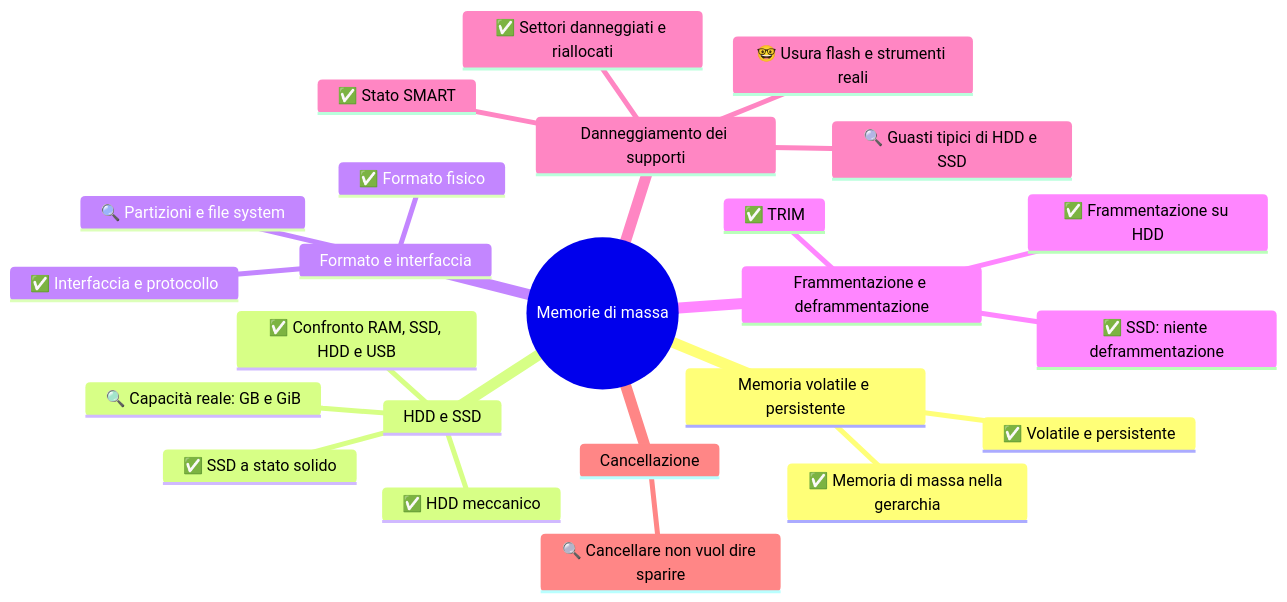
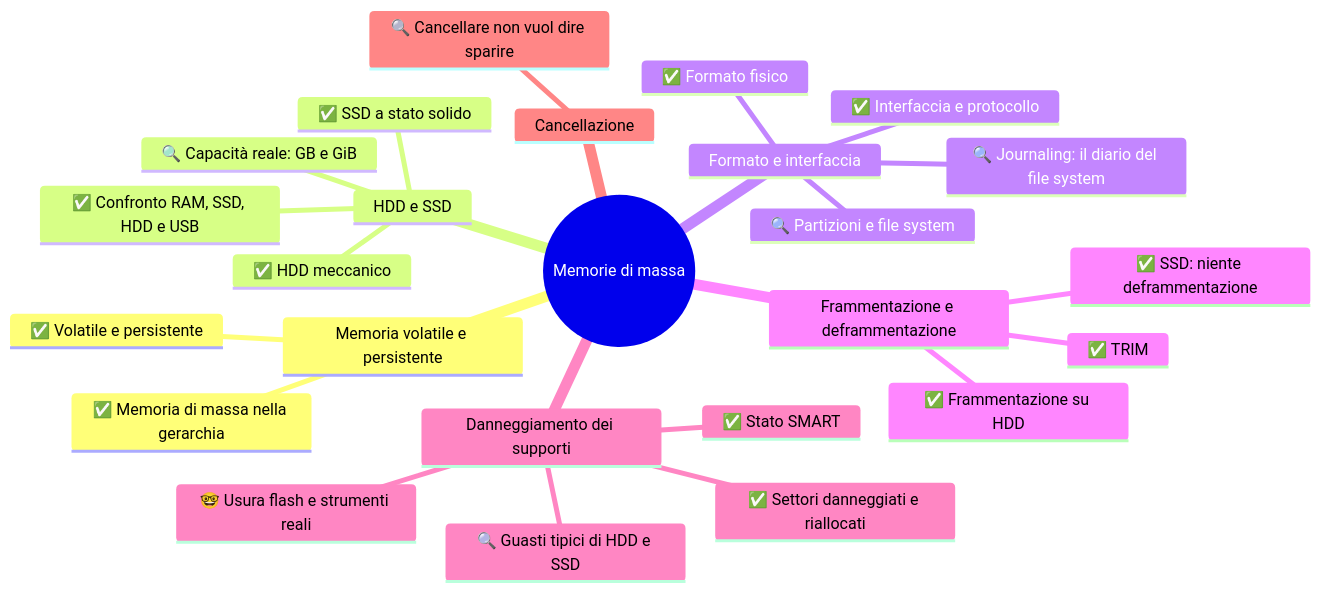
The diagram in 3EI - Sistemi e Reti/2 NOV-DIC/Allegati/3ei-nov-dic-s1-memorie-di-massa-mappa-html-1.mmd (Neeqstock/dispense-caramuel), drawn with Mermaid before and after one commit. The commit also changed 11 other files, not shown here.

```diff
--- a/3EI - Sistemi e Reti/2 NOV-DIC/Allegati/3ei-nov-dic-s1-memorie-di-massa-mappa-html-1.mmd
+++ b/3EI - Sistemi e Reti/2 NOV-DIC/Allegati/3ei-nov-dic-s1-memorie-di-massa-mappa-html-1.mmd
@@ -1,25 +1,26 @@
 mindmap
   root((Memorie di massa))
     Memoria volatile e persistente
       ✅ Volatile e persistente
       ✅ Memoria di massa nella gerarchia
     HDD e SSD
       ✅ HDD meccanico
       ✅ SSD a stato solido
       ✅ Confronto RAM, SSD, HDD e USB
       🔍 Capacità reale: GB e GiB
     Formato e interfaccia
       ✅ Formato fisico
       ✅ Interfaccia e protocollo
       🔍 Partizioni e file system
+      🔍 Journaling: il diario del file system
     Frammentazione e deframmentazione
       ✅ Frammentazione su HDD
       ✅ SSD: niente deframmentazione
       ✅ TRIM
     Danneggiamento dei supporti
       ✅ Settori danneggiati e riallocati
       ✅ Stato SMART
       🔍 Guasti tipici di HDD e SSD
       🤓 Usura flash e strumenti reali
     Cancellazione
       🔍 Cancellare non vuol dire sparire
```
